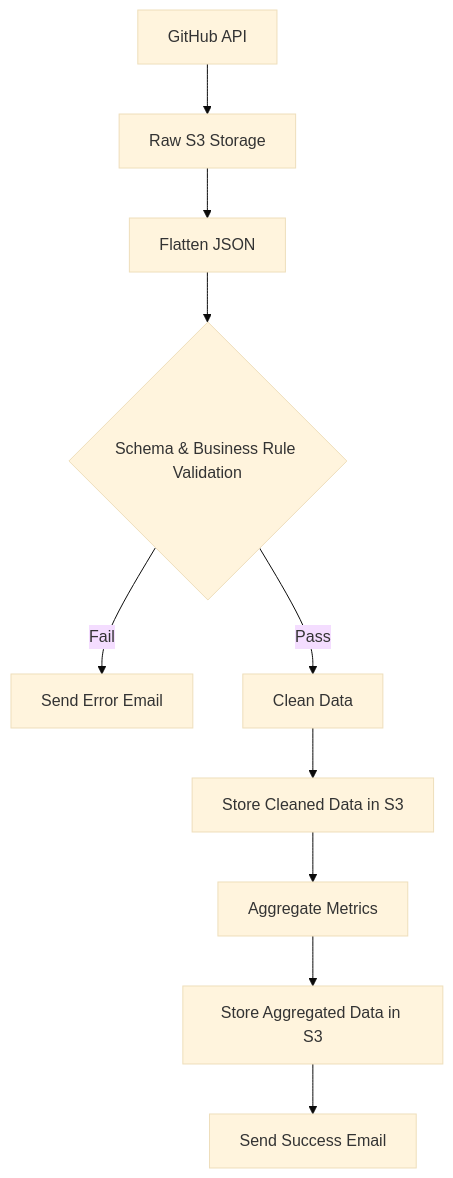
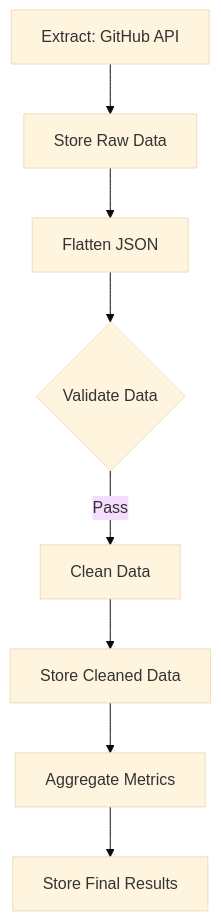
Before and after one commit to bdalpe/prefect-getting-started: the diagram in etl/etl-s3-upload-pipeline/README.md, drawn with Mermaid (base theme). The commit also changed other lines of this file, not shown here.

````diff
--- a/etl/etl-s3-upload-pipeline/README.md
+++ b/etl/etl-s3-upload-pipeline/README.md
@@ -120,12 +109,10 @@
 ```mermaid
 graph TD
-    A[GitHub API] --> B[Raw S3 Storage]
+    A[Extract: GitHub API] --> B[Store Raw Data]
     B --> C[Flatten JSON]
-    C --> D{Schema & Business Rule Validation}
-    D -->|Fail| E[Send Error Email]
-    D -->|Pass| F[Clean Data]
-    F --> G[Store Cleaned Data in S3]
-    G --> H[Aggregate Metrics]
-    H --> I[Store Aggregated Data in S3]
-    I --> J[Send Success Email]
+    C --> D{Validate Data}
+    D -->|Pass| E[Clean Data]
+    E --> F[Store Cleaned Data]
+    F --> G[Aggregate Metrics]
+    G --> H[Store Final Results]
 ```
````
